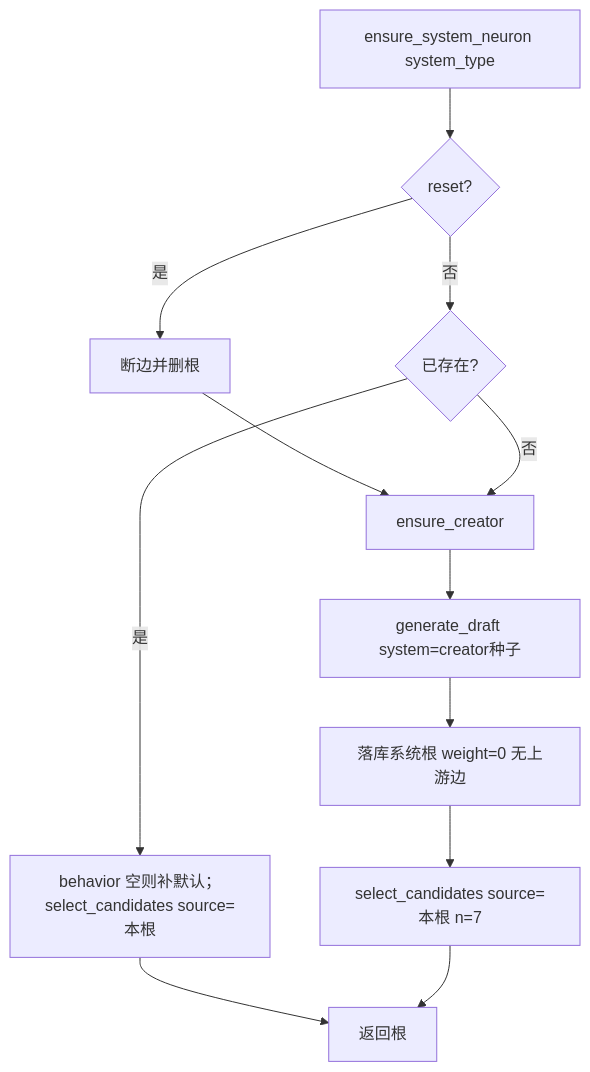
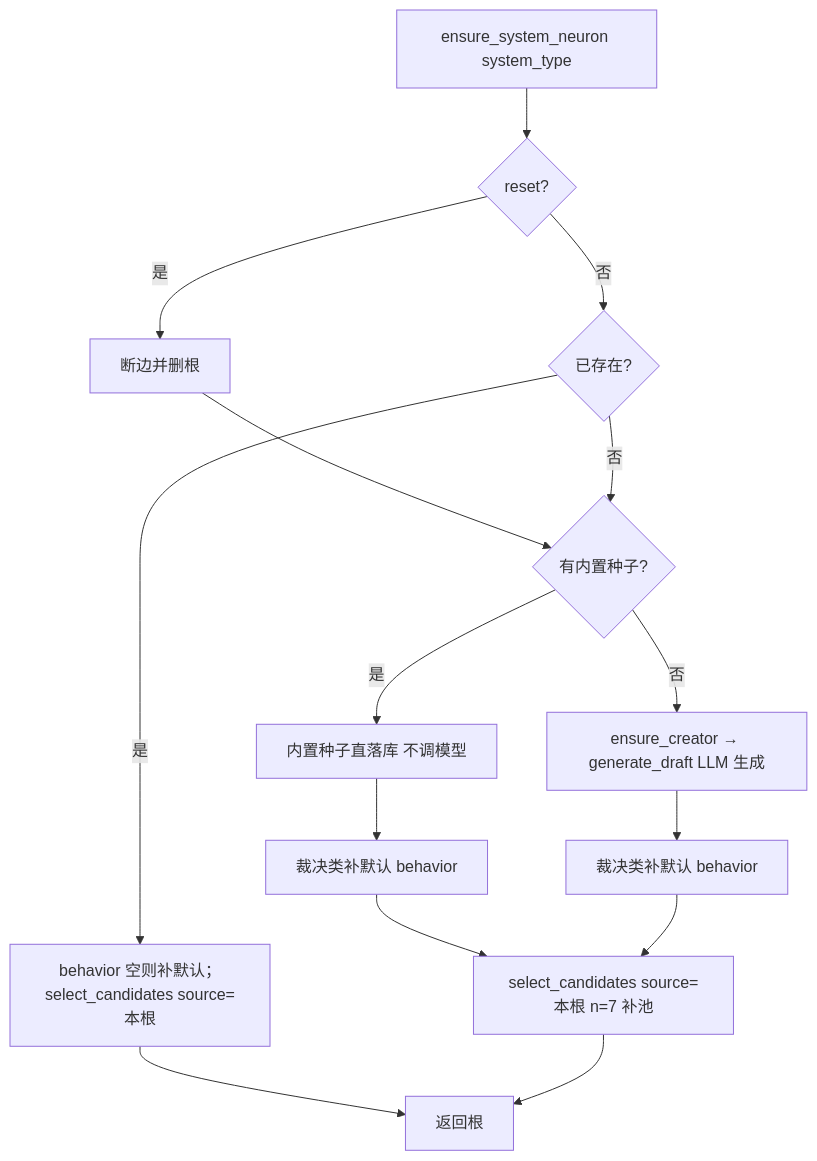
One commit to luoanb/new-start changed the third of 4 diagrams in docs/pulsar/neuron-init.md. Above: the diagram before and after it, drawn with Mermaid. The commit also changed other lines of this file and 6 other files, not shown here.

````diff
--- a/docs/pulsar/neuron-init.md
+++ b/docs/pulsar/neuron-init.md
@@ -84,14 +84,17 @@
 ```mermaid
 flowchart TD
   A[ensure_system_neuron system_type] --> B{reset?}
   B -->|是| C[断边并删根]
   B -->|否| D{已存在?}
   D -->|是| E[behavior 空则补默认；select_candidates source=本根]
-  C --> F[ensure_creator]
+  C --> F{有内置种子?}
   D -->|否| F
-  F --> G[generate_draft system=creator种子]
-  G --> H[落库系统根 weight=0 无上游边]
-  H --> I[select_candidates source=本根 n=7]
-  E --> J[返回根]
-  I --> J
+  F -->|是| G[内置种子直落库 不调模型]
+  F -->|否| H[ensure_creator → generate_draft LLM 生成]
+  G --> I[裁决类补默认 behavior]
+  H --> J[裁决类补默认 behavior]
+  I --> K[select_candidates source=本根 n=7 补池]
+  J --> K
+  E --> L[返回根]
+  K --> L
 ```
````
